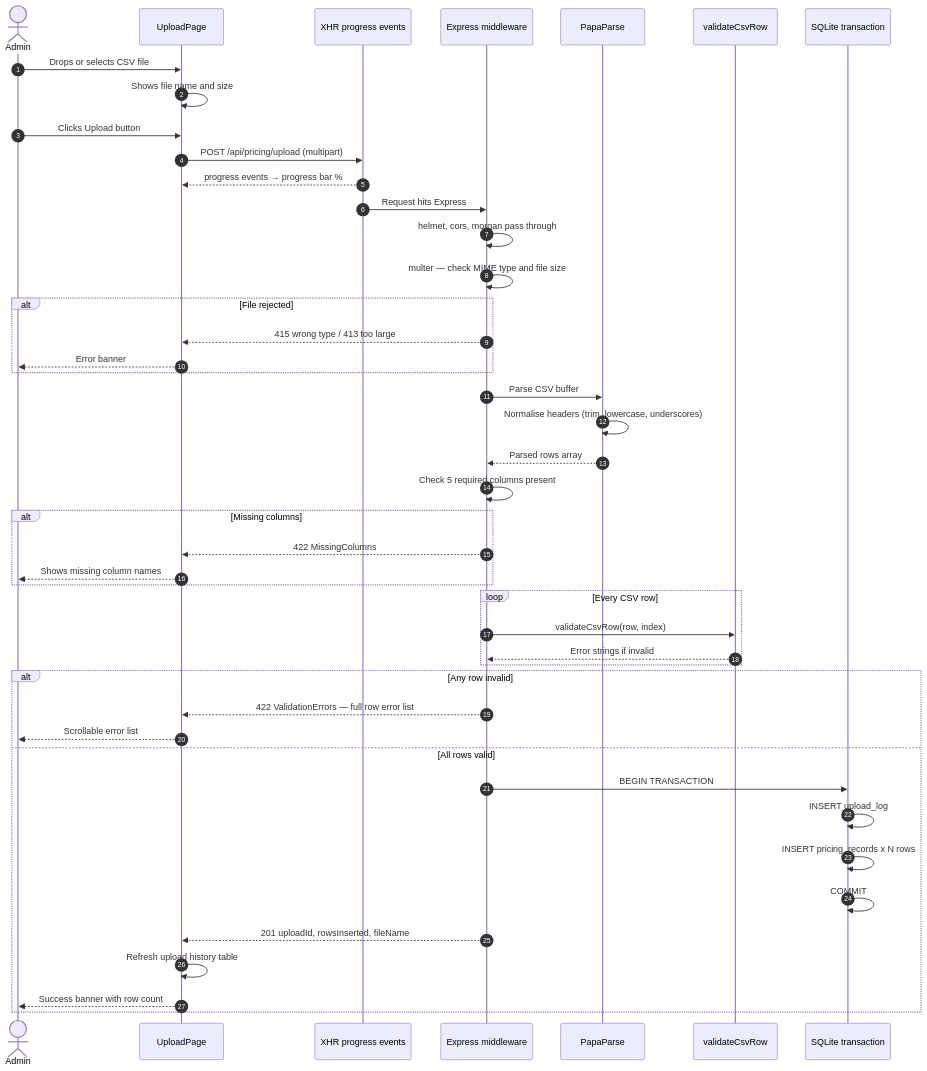
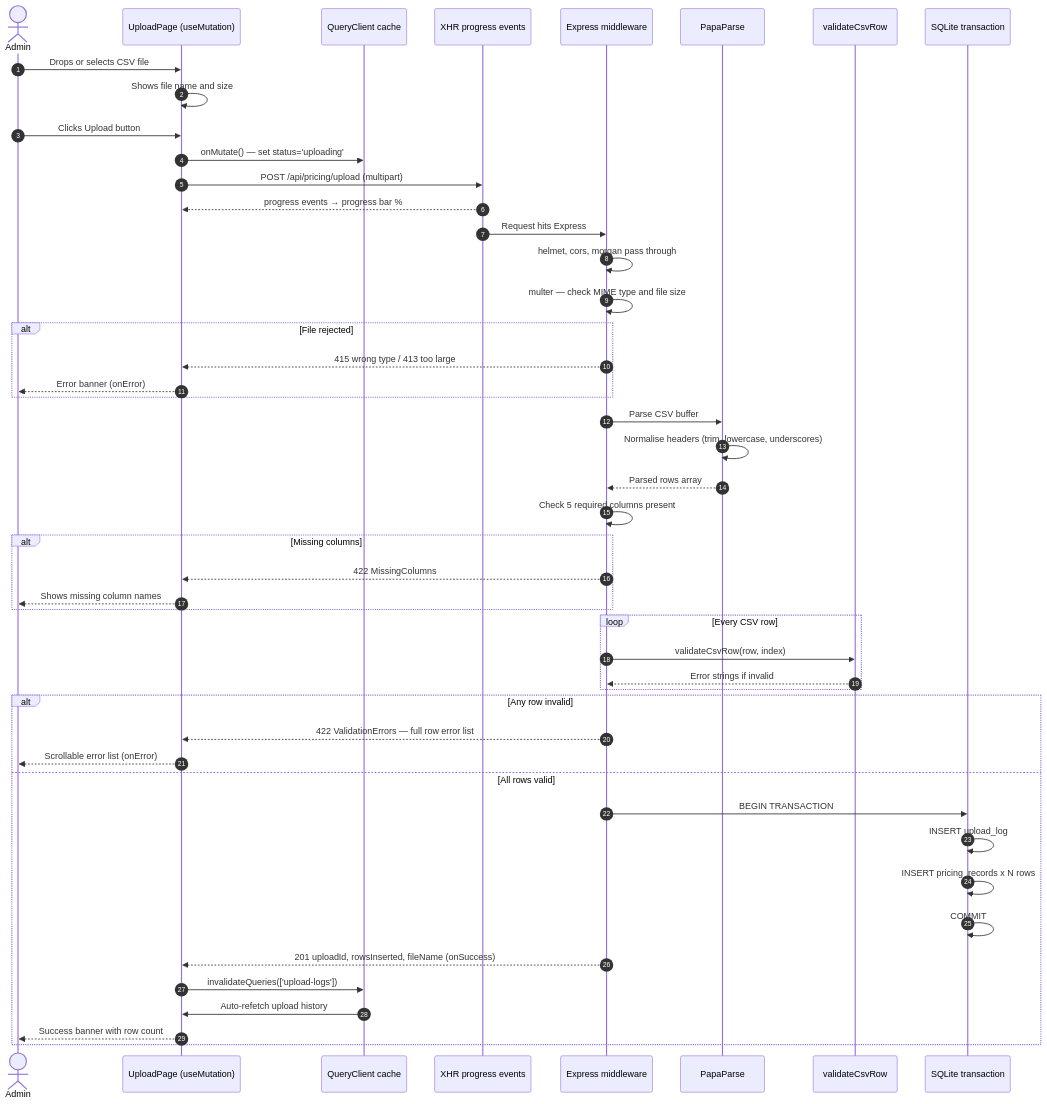
The third of 4 diagrams in ARCHITECTURE.md (bharathikannano/tigeranalytics), drawn with Mermaid before and after one commit. The commit also changed other lines of this file and 3 other files, not shown here.

Commit message:
Optimize PricingTable with Cell component, update ARCHITECTURE docs

````diff
--- a/ARCHITECTURE.md
+++ b/ARCHITECTURE.md
@@ -96,55 +103,58 @@
 ```mermaid
 sequenceDiagram
     autonumber
     actor U as Admin
-    participant UI as UploadPage
+    participant UI as UploadPage (useMutation)
+    participant QC as QueryClient cache
     participant XHR as XHR progress events
     participant MW as Express middleware
     participant PP as PapaParse
     participant V  as validateCsvRow
     participant TX as SQLite transaction
 
     U  ->> UI  : Drops or selects CSV file
     UI ->> UI  : Shows file name and size
     U  ->> UI  : Clicks Upload button
 
+    UI ->> QC  : onMutate() — set status='uploading'
     UI ->> XHR : POST /api/pricing/upload (multipart)
     XHR -->> UI: progress events → progress bar %
 
     XHR ->> MW : Request hits Express
     MW  ->> MW : helmet, cors, morgan pass through
     MW  ->> MW : multer — check MIME type and file size
 
     alt File rejected
         MW -->> UI : 415 wrong type / 413 too large
-        UI -->> U  : Error banner
+        UI -->> U  : Error banner (onError)
     end
 
     MW  ->> PP  : Parse CSV buffer
     PP  ->> PP  : Normalise headers (trim, lowercase, underscores)
     PP  -->> MW : Parsed rows array
     MW  ->> MW  : Check 5 required columns present
 
     alt Missing columns
         MW -->> UI : 422 MissingColumns
         UI -->> U  : Shows missing column names
     end
 
     loop Every CSV row
         MW ->> V  : validateCsvRow(row, index)
         V  -->> MW: Error strings if invalid
     end
 
     alt Any row invalid
         MW -->> UI : 422 ValidationErrors — full row error list
-        UI -->> U  : Scrollable error list
+        UI -->> U  : Scrollable error list (onError)
     else All rows valid
         MW ->> TX  : BEGIN TRANSACTION
         TX ->> TX  : INSERT upload_log
         TX ->> TX  : INSERT pricing_records x N rows
         TX ->> TX  : COMMIT
-        MW -->> UI : 201 uploadId, rowsInserted, fileName
-        UI ->> UI  : Refresh upload history table
+        MW -->> UI : 201 uploadId, rowsInserted, fileName (onSuccess)
+        UI ->> QC  : invalidateQueries(['upload-logs'])
+        QC ->> UI  : Auto-refetch upload history
         UI -->> U  : Success banner with row count
     end
 ```
````
